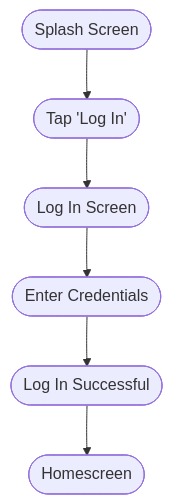
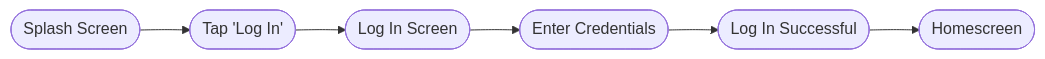
The fourth of 6 diagrams in docs/user-flows.md (Tiba-Inc/Design-Docs), drawn with Mermaid before and after one commit. The commit also changed other lines of this file, not shown here.

Commit message:
Update user flow diagrams to use left-to-right orientation

````diff
--- a/docs/user-flows.md
+++ b/docs/user-flows.md
@@ -87,9 +87,9 @@
 ``` mermaid
-flowchart TD
+flowchart LR
     A(["Splash Screen"])
     A --> B(["Tap 'Log In'"])
     B --> C(["Log In Screen"])
     C --> D(["Enter Credentials"])
     D --> E(["Log In Successful"])
     E --> F(["Homescreen"])
 ```
````
